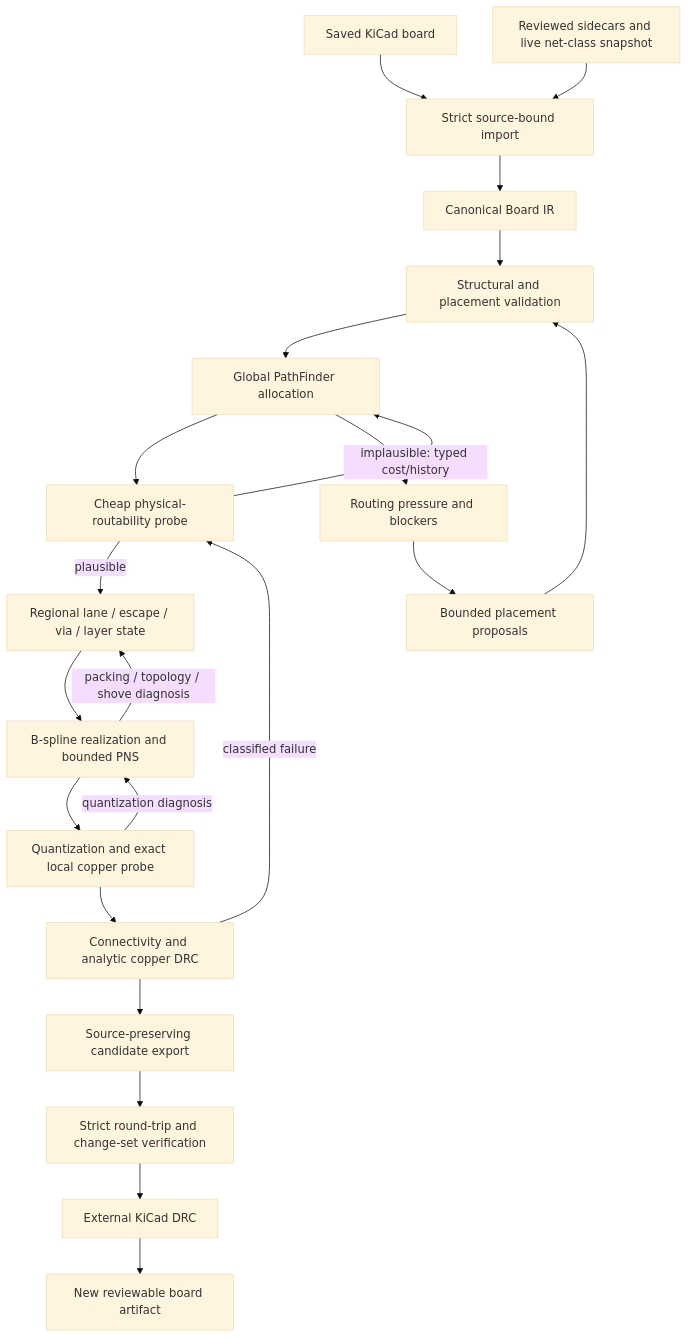
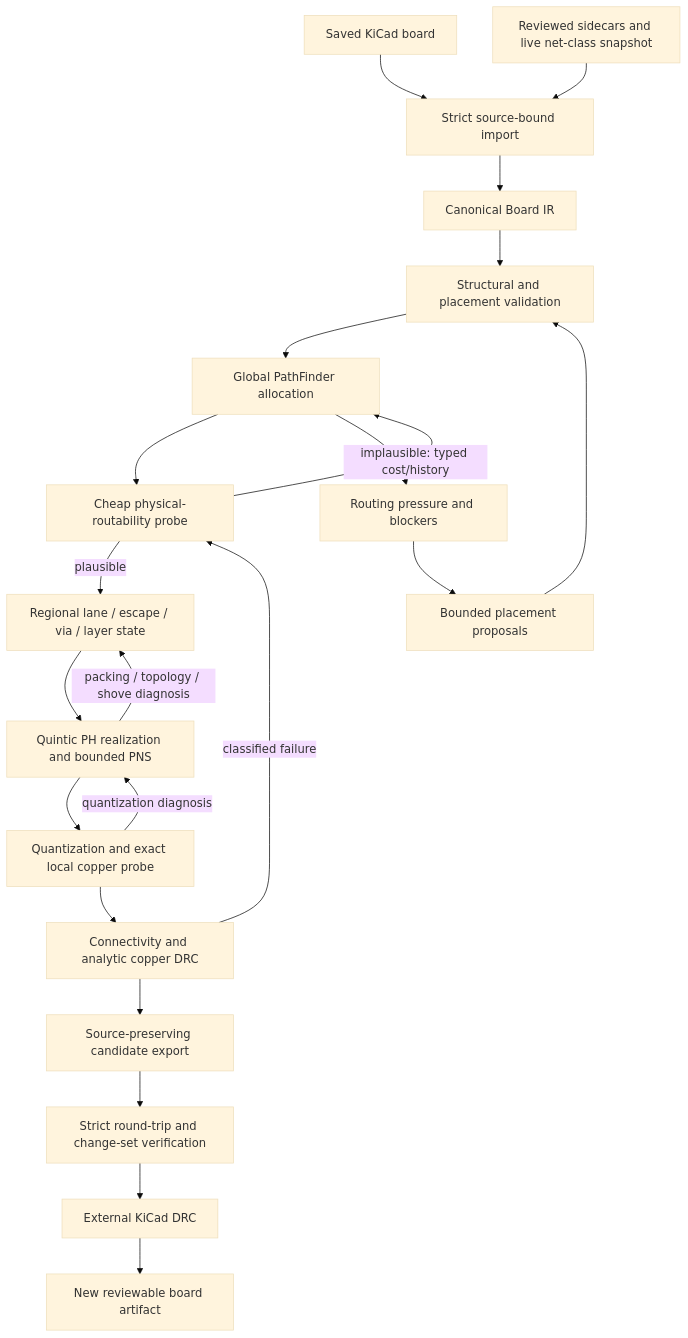
The diagram in design.md (gosnik/flux_capacitor), drawn with Mermaid (base theme) before and after one commit. The commit also changed other lines of this file and 87 other files, not shown here.

````diff
--- a/design.md
+++ b/design.md
@@ -35,25 +23,25 @@
 ```mermaid
 flowchart TD
     K[Saved KiCad board] --> I[Strict source-bound import]
     S[Reviewed sidecars and live net-class snapshot] --> I
     I --> B[Canonical Board IR]
     B --> V[Structural and placement validation]
     V --> G[Global PathFinder allocation]
     G --> Q[Cheap physical-routability probe]
     Q -->|implausible: typed cost/history| G
     Q -->|plausible| RG[Regional lane / escape / via / layer state]
-    RG --> S1[B-spline realization and bounded PNS]
+    RG --> S1[Quintic PH realization and bounded PNS]
     S1 -->|packing / topology / shove diagnosis| RG
     S1 --> M[Quantization and exact local copper probe]
     M -->|quantization diagnosis| S1
     M --> C[Connectivity and analytic copper DRC]
     C -->|classified failure| Q
     C --> E[Source-preserving candidate export]
     E --> RT[Strict round-trip and change-set verification]
     RT --> X[External KiCad DRC]
     X --> O[New reviewable board artifact]
 
     G --> F[Routing pressure and blockers]
     F --> P[Bounded placement proposals]
     P --> V
 ```
````
